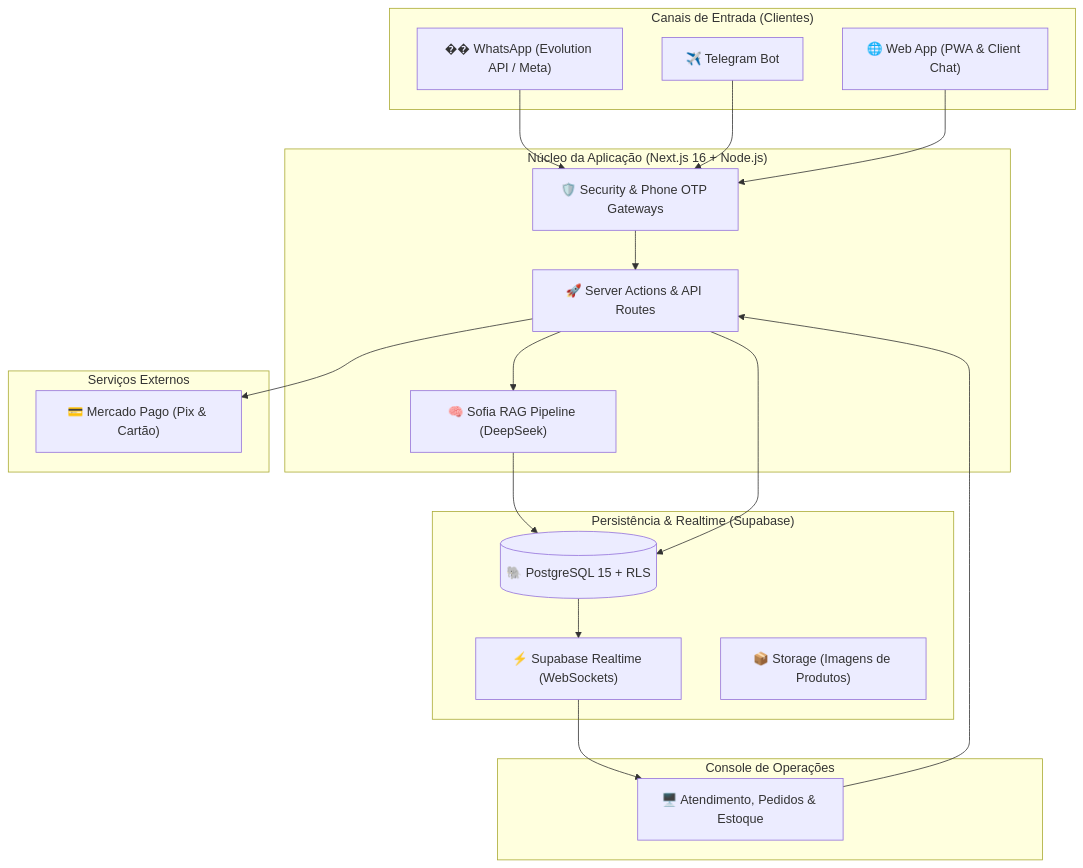
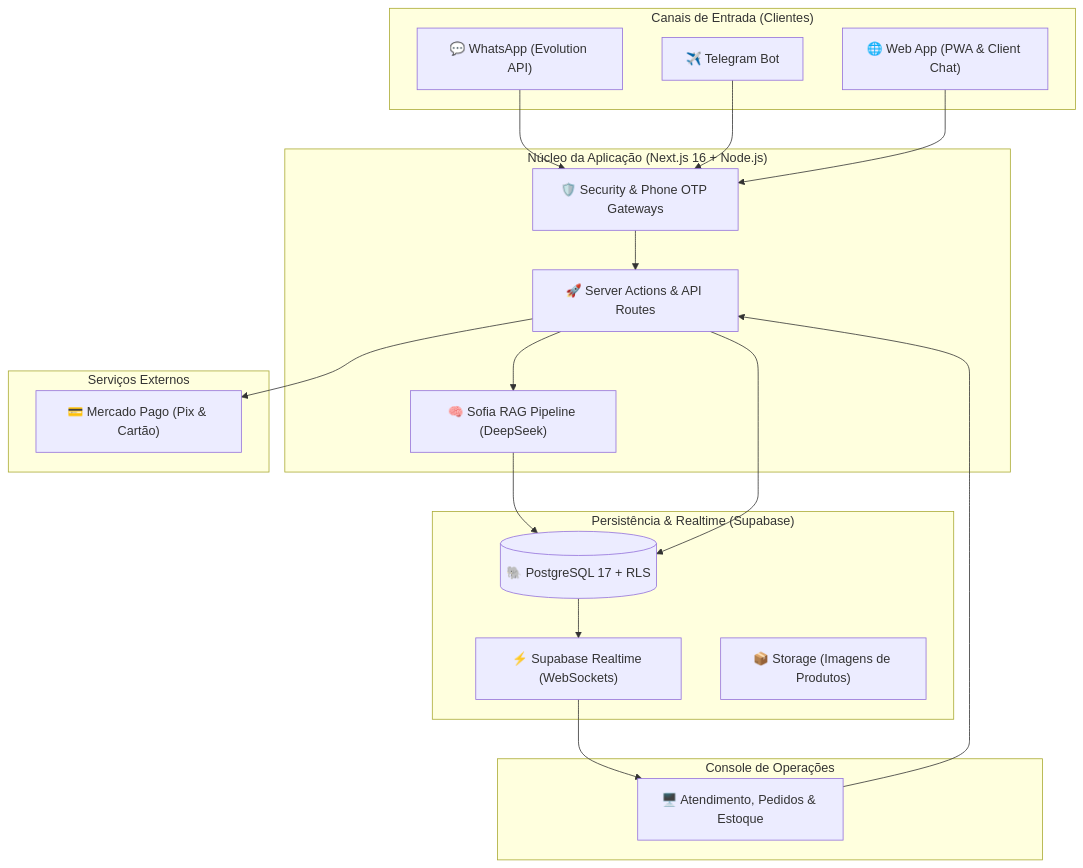
The diagram in README.md (wilkin-barban/CRM_Sofia_Manager), drawn with Mermaid before and after one commit. The commit also changed other lines of this file and 6 other files, not shown here.

````diff
--- a/README.md
+++ b/README.md
@@ -49,40 +52,40 @@
 ```mermaid
 flowchart TD
     subgraph Canais["Canais de Entrada (Clientes)"]
-        WA["�� WhatsApp (Evolution API / Meta)"]
+        WA["💬 WhatsApp (Evolution API)"]
         TG["✈️ Telegram Bot"]
         WEB["🌐 Web App (PWA & Client Chat)"]
     end
 
     subgraph Core["Núcleo da Aplicação (Next.js 16 + Node.js)"]
         SRV["🚀 Server Actions & API Routes"]
         RAG["🧠 Sofia RAG Pipeline (DeepSeek)"]
         SEC["🛡️ Security & Phone OTP Gateways"]
     end
 
     subgraph Data["Persistência & Realtime (Supabase)"]
-        DB[("🐘 PostgreSQL 15 + RLS")]
+        DB[("🐘 PostgreSQL 17 + RLS")]
         RT["⚡ Supabase Realtime (WebSockets)"]
         STG["📦 Storage (Imagens de Produtos)"]
     end
 
     subgraph Integracoes["Serviços Externos"]
         MP["💳 Mercado Pago (Pix & Cartão)"]
     end
 
     subgraph Operador["Console de Operações"]
         DASH["🖥️ Atendimento, Pedidos & Estoque"]
     end
 
     WA --> SEC
     TG --> SEC
     WEB --> SEC
     SEC --> SRV
     SRV --> RAG
     RAG --> DB
     SRV --> DB
     DB --> RT
     RT --> DASH
     SRV --> MP
     DASH --> SRV
 ```
````
